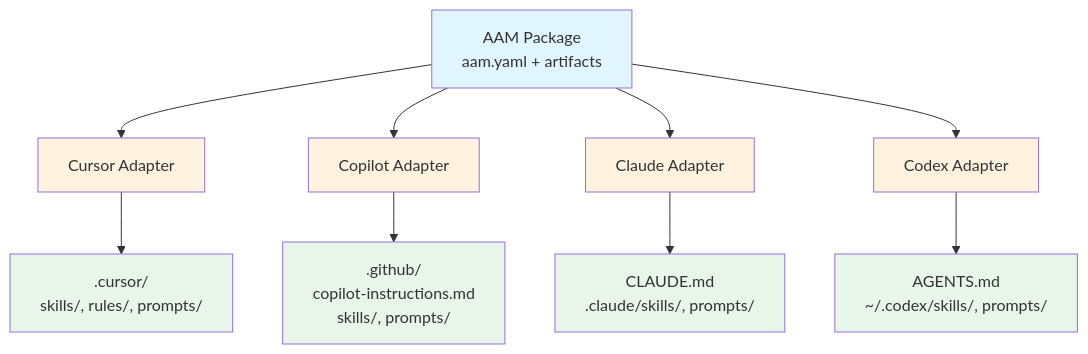
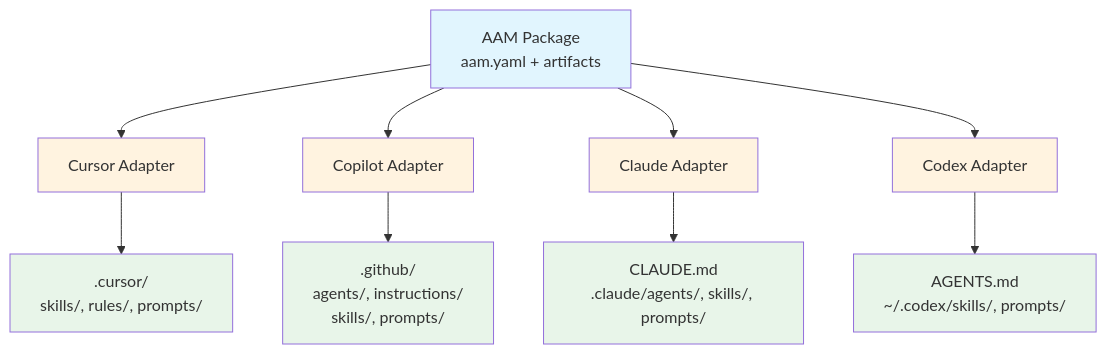
The diagram in docs/user_docs/docs/concepts/platform-adapters.md (spazyCZ/agent-package-manager), drawn with Mermaid before and after one commit. The commit also changed other lines of this file and 10 other files, not shown here.

````diff
--- a/docs/user_docs/docs/concepts/platform-adapters.md
+++ b/docs/user_docs/docs/concepts/platform-adapters.md
@@ -465,24 +442,24 @@
 ```mermaid
 graph TB
     Package[AAM Package<br/>aam.yaml + artifacts]
 
     Package --> CursorAdapter[Cursor Adapter]
     Package --> CopilotAdapter[Copilot Adapter]
     Package --> ClaudeAdapter[Claude Adapter]
     Package --> CodexAdapter[Codex Adapter]
 
     CursorAdapter --> CursorDeploy[".cursor/<br/>skills/, rules/, prompts/"]
-    CopilotAdapter --> CopilotDeploy[".github/<br/>copilot-instructions.md<br/>skills/, prompts/"]
-    ClaudeAdapter --> ClaudeDeploy["CLAUDE.md<br/>.claude/skills/, prompts/"]
+    CopilotAdapter --> CopilotDeploy[".github/<br/>agents/, instructions/<br/>skills/, prompts/"]
+    ClaudeAdapter --> ClaudeDeploy["CLAUDE.md<br/>.claude/agents/, skills/, prompts/"]
     CodexAdapter --> CodexDeploy["AGENTS.md<br/>~/.codex/skills/, prompts/"]
 
     style Package fill:#e1f5fe
     style CursorAdapter fill:#fff3e0
     style CopilotAdapter fill:#fff3e0
     style ClaudeAdapter fill:#fff3e0
     style CodexAdapter fill:#fff3e0
     style CursorDeploy fill:#e8f5e9
     style CopilotDeploy fill:#e8f5e9
     style ClaudeDeploy fill:#e8f5e9
     style CodexDeploy fill:#e8f5e9
 ```
````
